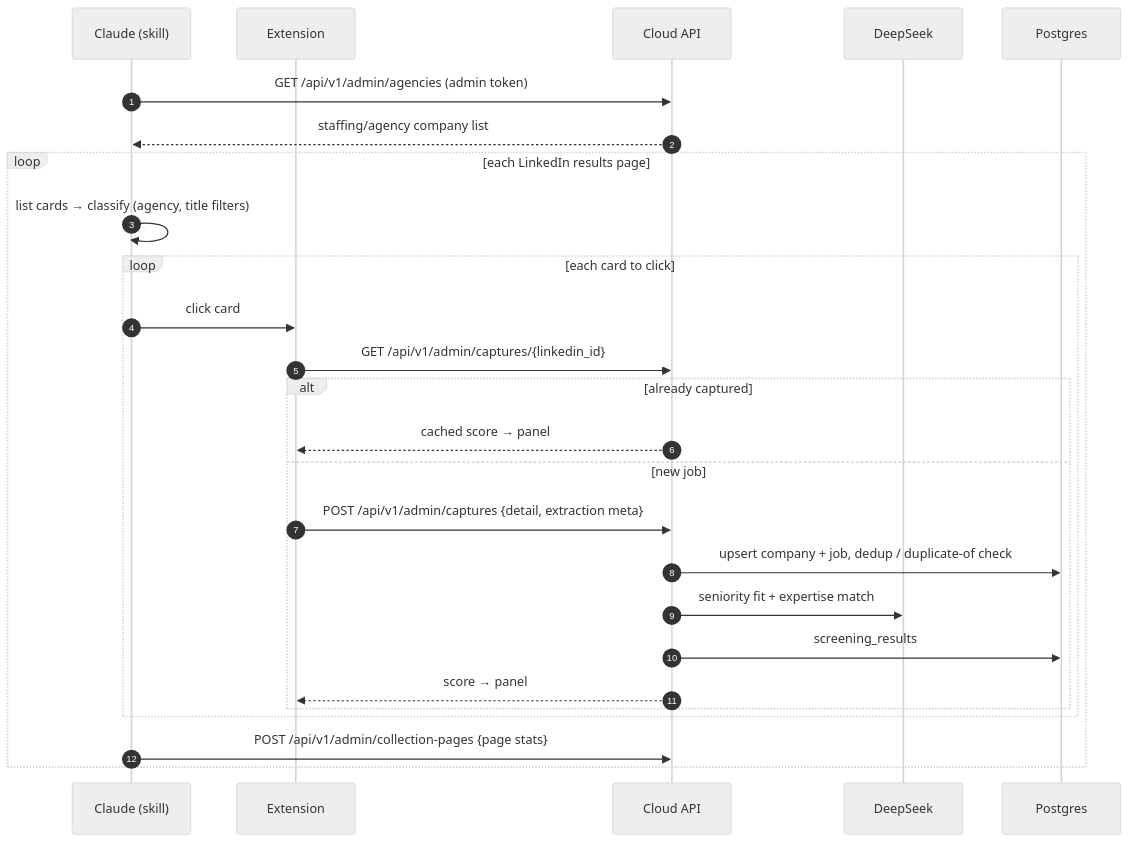
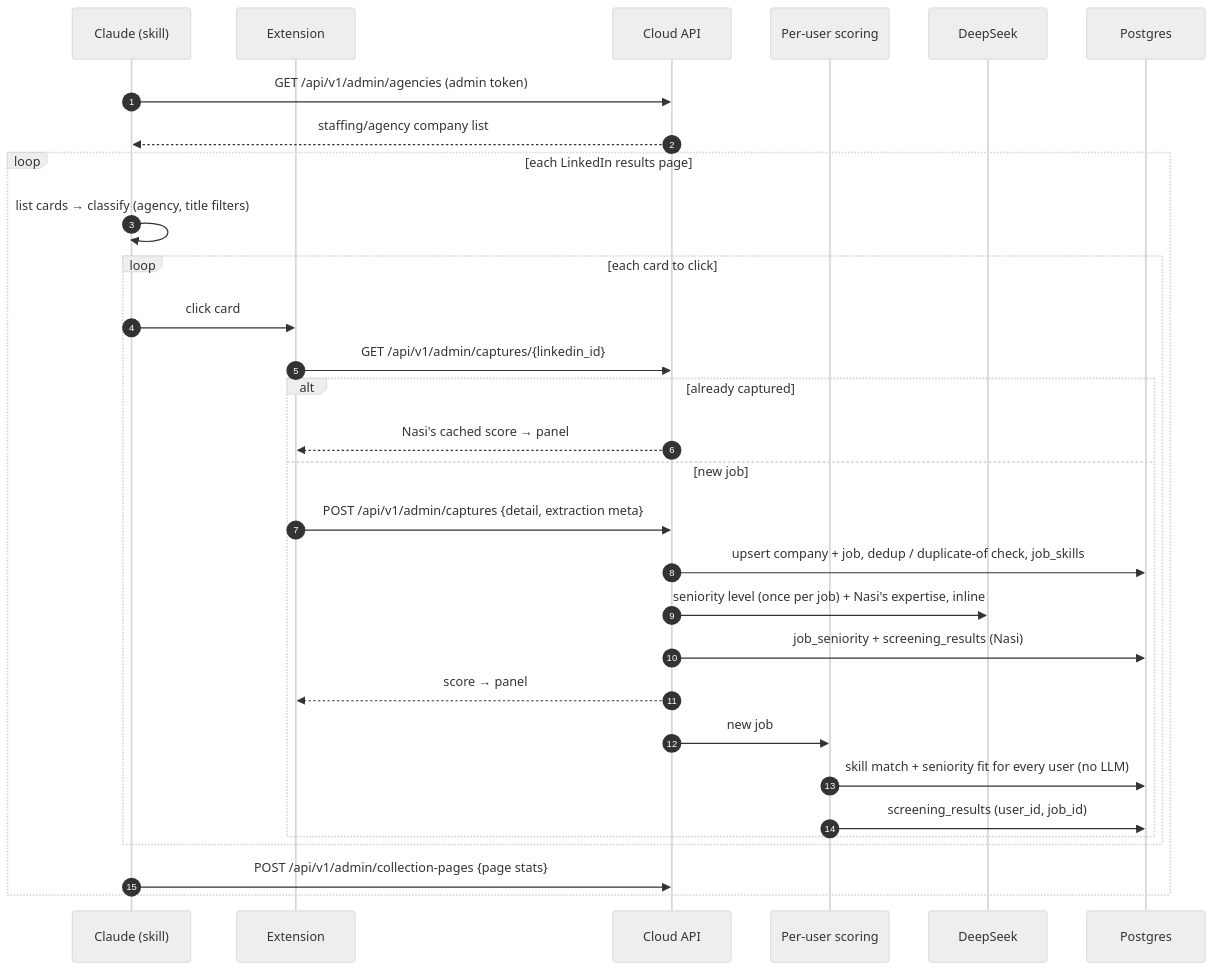
Before and after one commit to nlp4725/job-hunt-intelligence: the second of 3 diagrams in docs/productization_build_plan.md, drawn with Mermaid (neutral theme). The commit also changed other lines of this file and 127 other files, not shown here.

````diff
--- a/docs/productization_build_plan.md
+++ b/docs/productization_build_plan.md
@@ -78,29 +90,33 @@
 ```mermaid
 sequenceDiagram
     autonumber
     participant C as Claude (skill)
     participant E as Extension
     participant A as Cloud API
+    participant W as Per-user scoring
     participant L as DeepSeek
     participant D as Postgres
 
     C->>A: GET /api/v1/admin/agencies (admin token)
     A-->>C: staffing/agency company list
     loop each LinkedIn results page
         C->>C: list cards → classify (agency, title filters)
         loop each card to click
             C->>E: click card
             E->>A: GET /api/v1/admin/captures/{linkedin_id}
             alt already captured
-                A-->>E: cached score → panel
+                A-->>E: Nasi's cached score → panel
             else new job
                 E->>A: POST /api/v1/admin/captures {detail, extraction meta}
-                A->>D: upsert company + job, dedup / duplicate-of check
-                A->>L: seniority fit + expertise match
-                A->>D: screening_results
+                A->>D: upsert company + job, dedup / duplicate-of check, job_skills
+                A->>L: seniority level (once per job) + Nasi's expertise, inline
+                A->>D: job_seniority + screening_results (Nasi)
                 A-->>E: score → panel
+                A->>W: new job
+                W->>D: skill match + seniority fit for every user (no LLM)
+                W->>D: screening_results (user_id, job_id)
             end
         end
         C->>A: POST /api/v1/admin/collection-pages {page stats}
     end
 ```
````
